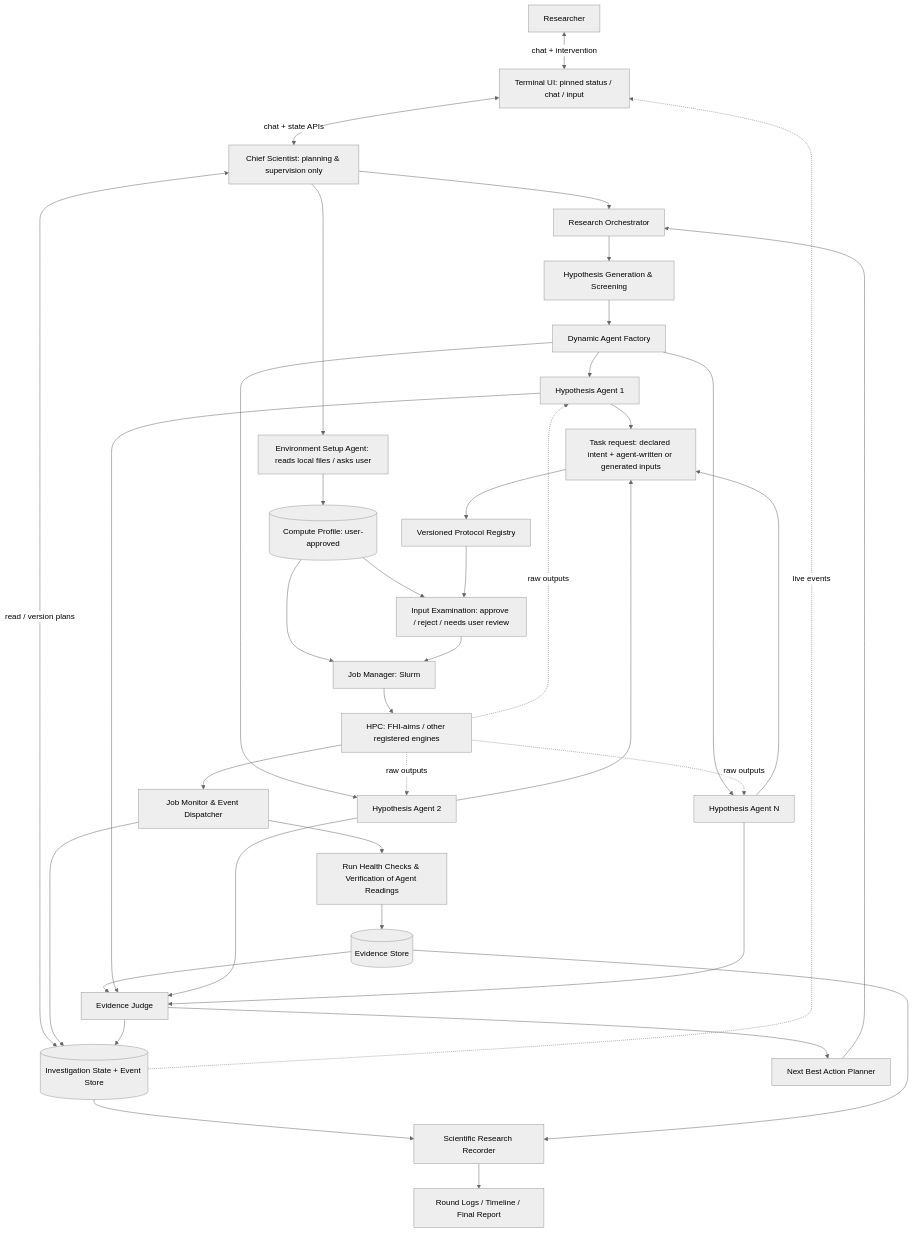
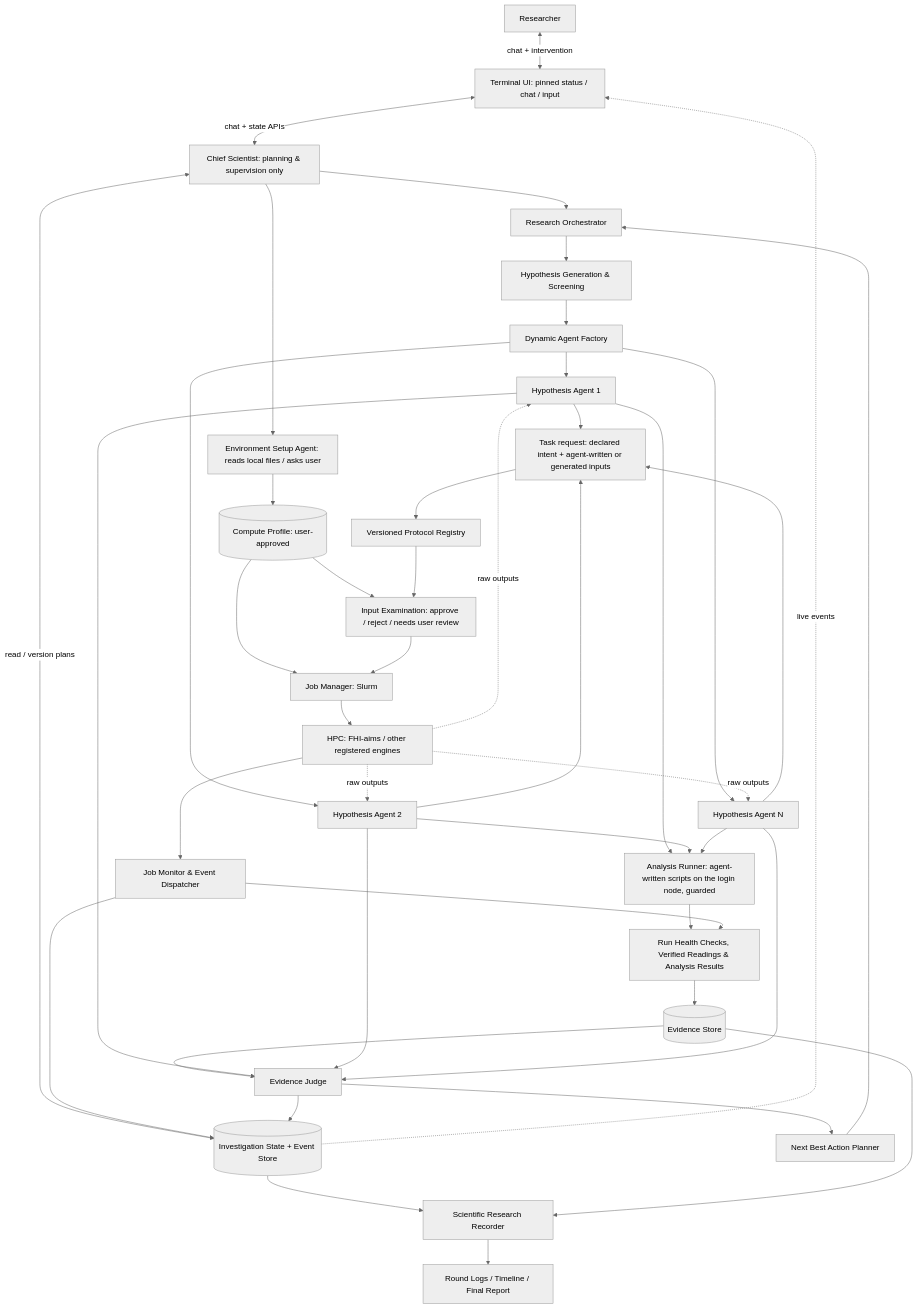
Before and after one commit to haoran-ni/CEDAR: the first of 2 diagrams in docs/ARCHITECTURE.md, drawn with Mermaid (neutral theme). The commit also changed other lines of this file and 36 other files, not shown here.

First line of the commit message:
Step 5: agent analysis scripts, run checks and general observables

````diff
--- a/docs/ARCHITECTURE.md
+++ b/docs/ARCHITECTURE.md
@@ -9,35 +9,37 @@
 ```mermaid
 flowchart TB
     U[Researcher] <-->|chat + intervention| UI[Terminal UI: pinned status / chat / input]
     UI <-->|chat + state APIs| C[Chief Scientist: planning & supervision only]
     C <-->|read / version plans| DB[(Investigation State + Event Store)]
     C --> O[Research Orchestrator]
     C --> ENV[Environment Setup Agent: reads local files / asks user]
     ENV --> PROF[(Compute Profile: user-approved)]
     PROF --> Q
     PROF --> J
     O --> HG[Hypothesis Generation & Screening]
     HG --> AF[Dynamic Agent Factory]
     AF --> H1[Hypothesis Agent 1]
     AF --> H2[Hypothesis Agent 2]
     AF --> Hn[Hypothesis Agent N]
     H1 & H2 & Hn --> T[Task request: declared intent + agent-written or generated inputs]
     T --> P[Versioned Protocol Registry]
     P --> Q[Input Examination: approve / reject / needs user review]
     Q --> J[Job Manager: Slurm]
     J --> HPC[HPC: FHI-aims / other registered engines]
     HPC --> MON[Job Monitor & Event Dispatcher]
     HPC -. raw outputs .-> H1 & H2 & Hn
-    MON --> VAL[Run Health Checks & Verification of Agent Readings]
+    H1 & H2 & Hn --> AN[Analysis Runner: agent-written scripts on the login node, guarded]
+    AN --> VAL
+    MON --> VAL[Run Health Checks, Verified Readings & Analysis Results]
     VAL --> EV[(Evidence Store)]
     MON --> DB
     EV --> S[Evidence Judge]
     H1 & H2 & Hn --> S
     S --> NEXT[Next Best Action Planner]
     NEXT --> O
     S --> DB
     DB --> REC[Scientific Research Recorder]
     EV --> REC
     REC --> NOTE[Round Logs / Timeline / Final Report]
     DB -. live events .-> UI
 ```
````
